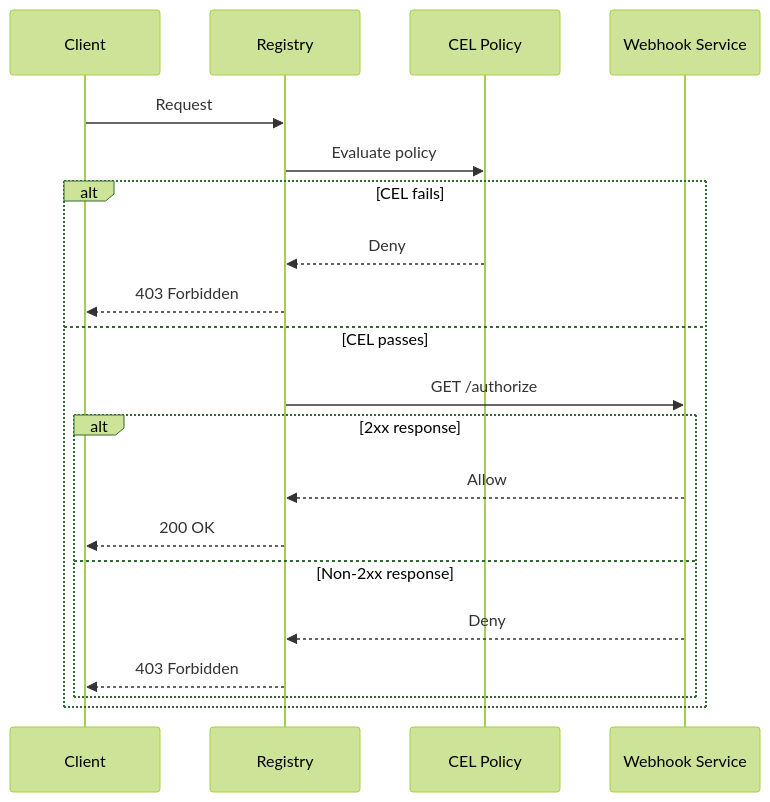
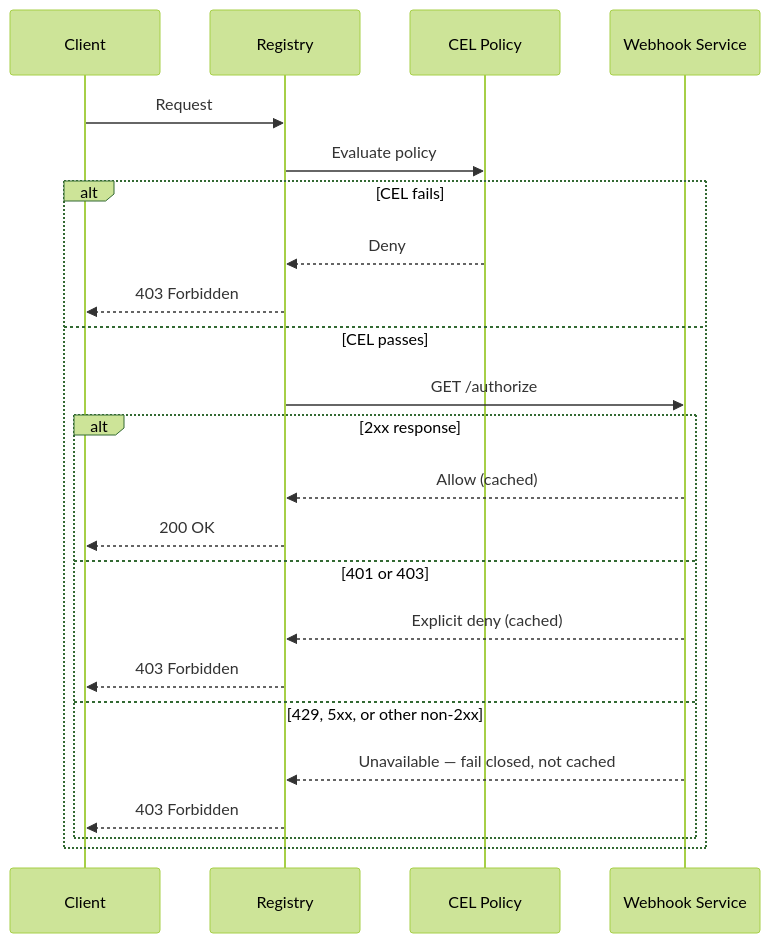
One commit to project-angos/angos changed the diagram in doc/how-to/configure-webhook-authorization.md. Above: the diagram before and after it, drawn with Mermaid (forest theme). The commit also changed other lines of this file and 5 other files, not shown here.

Commit message:
fix(auth): do not cache webhook 429/5xx responses as deny decisions

````diff
--- a/doc/how-to/configure-webhook-authorization.md
+++ b/doc/how-to/configure-webhook-authorization.md
@@ -23,23 +23,26 @@
 ```mermaid
 sequenceDiagram
     participant C as Client
     participant R as Registry
     participant P as CEL Policy
     participant W as Webhook Service
 
     C->>R: Request
     R->>P: Evaluate policy
     alt CEL fails
         P-->>R: Deny
         R-->>C: 403 Forbidden
     else CEL passes
         R->>W: GET /authorize
         alt 2xx response
-            W-->>R: Allow
+            W-->>R: Allow (cached)
             R-->>C: 200 OK
-        else Non-2xx response
-            W-->>R: Deny
+        else 401 or 403
+            W-->>R: Explicit deny (cached)
+            R-->>C: 403 Forbidden
+        else 429, 5xx, or other non-2xx
+            W-->>R: Unavailable — fail closed, not cached
             R-->>C: 403 Forbidden
         end
     end
 ```
````
